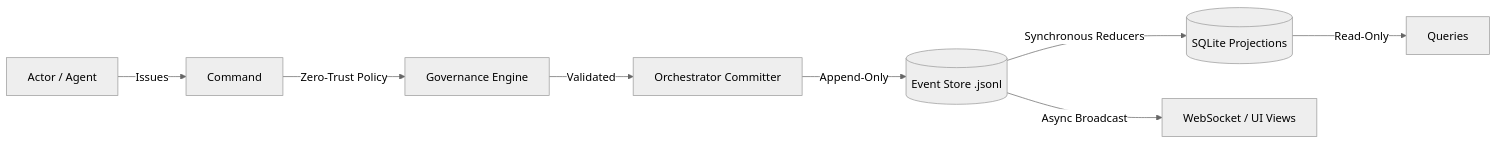
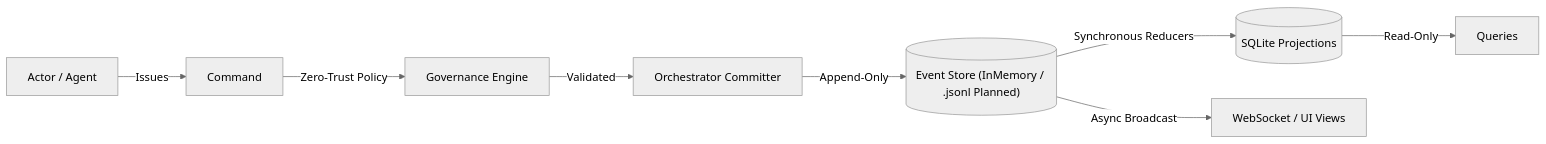
One commit to raitaskeen/LegacyExodus changed the third of 6 diagrams in README.md. Above: the diagram before and after it, drawn with Mermaid (neutral theme). The commit also changed other lines of this file and 3 other files, not shown here.

Commit message:
docs(architecture): reconcile remaining runtime documentation claims

````diff
--- a/README.md
+++ b/README.md
@@ -233,10 +233,10 @@
 ```mermaid
 flowchart LR
     A["Actor / Agent"] -->|Issues| B["Command"]
     B -->|Zero-Trust Policy| C["Governance Engine"]
     C -->|Validated| D["Orchestrator Committer"]
-    D -->|Append-Only| E[("Event Store .jsonl")]
+    D -->|Append-Only| E[("Event Store (InMemory / .jsonl Planned)")]
     E -->|Synchronous Reducers| F[("SQLite Projections")]
     E -->|Async Broadcast| G["WebSocket / UI Views"]
     F -->|Read-Only| H["Queries"]
 ```
````
